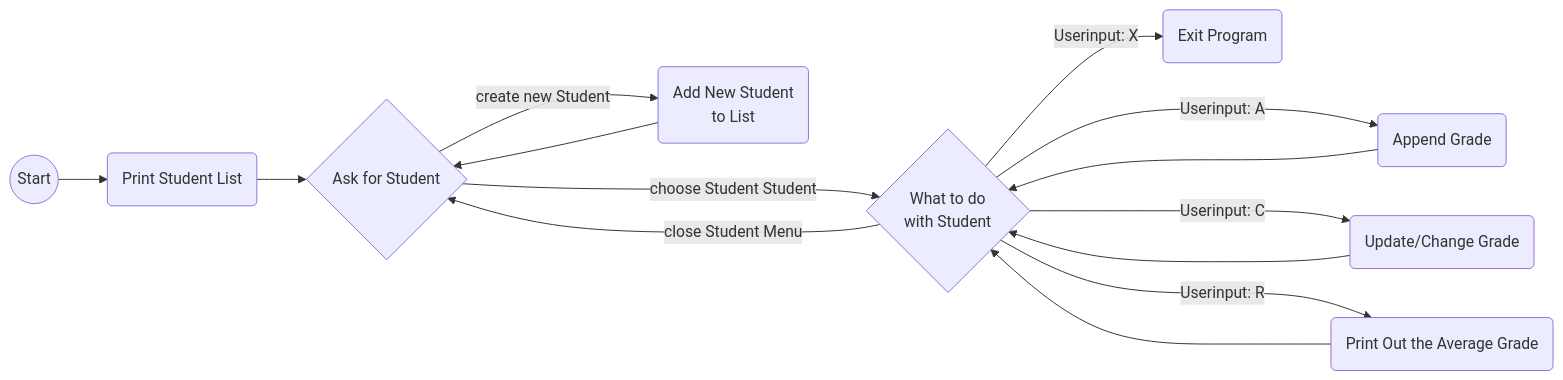
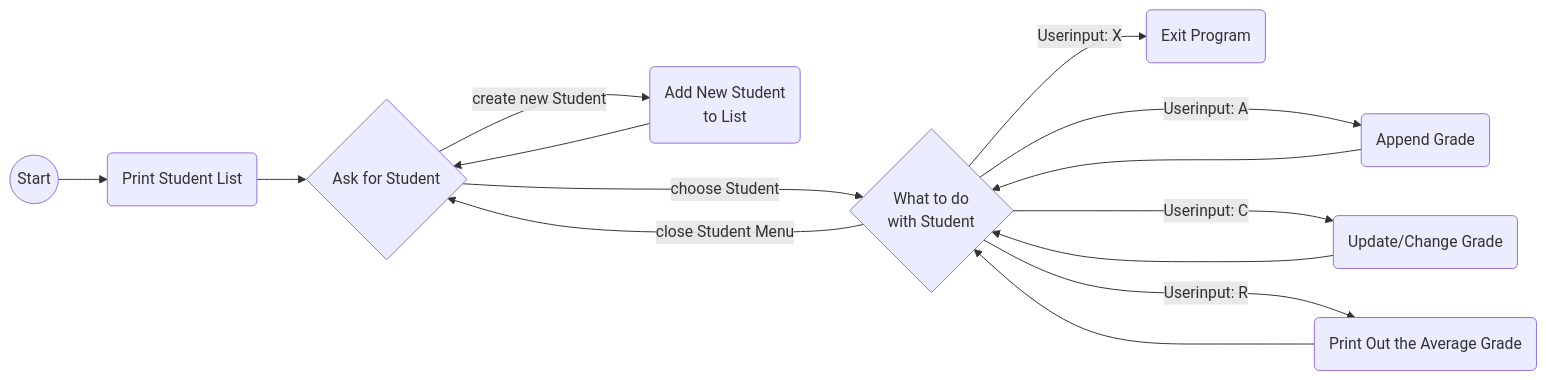
Before and after one commit to Timofey-Makhankov/Modul-319-A4: the second of 2 diagrams in README.md, drawn with Mermaid.

````diff
--- a/README.md
+++ b/README.md
@@ -25,19 +25,19 @@
 ```mermaid
     flowchart LR
     A-->H(Print Student List)
     H-->B
     A((Start))
     B{Ask for Student}
     G-->B
     B-->|create new Student|G(Add New Student\nto List)
-    B-->|choose Student Student|C
+    B-->|choose Student|C
     C--->|close Student Menu|B
     C{What to do\nwith Student}
     C-->|Userinput: A|D(Append Grade)
     C-->|Userinput: C|E(Update/Change Grade)
     C-->|Userinput: R|F(Print Out the Average Grade)
     D--->C 
     E--->C 
     F--->C
     C-->|Userinput: X|X(Exit Program)
 ```
````
